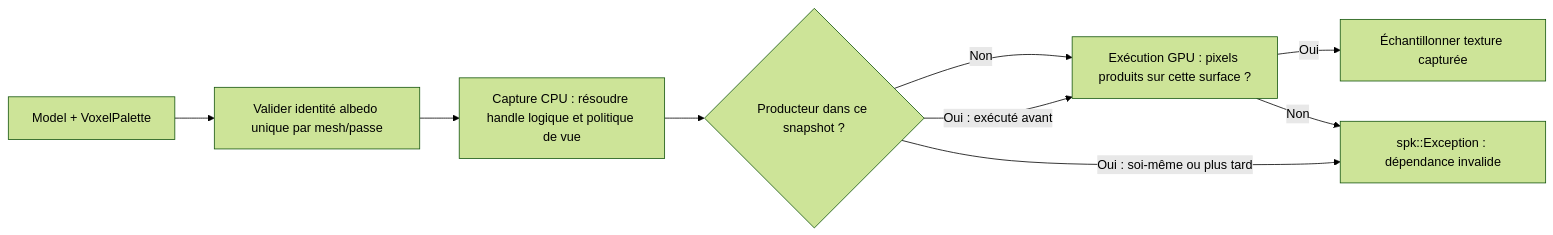
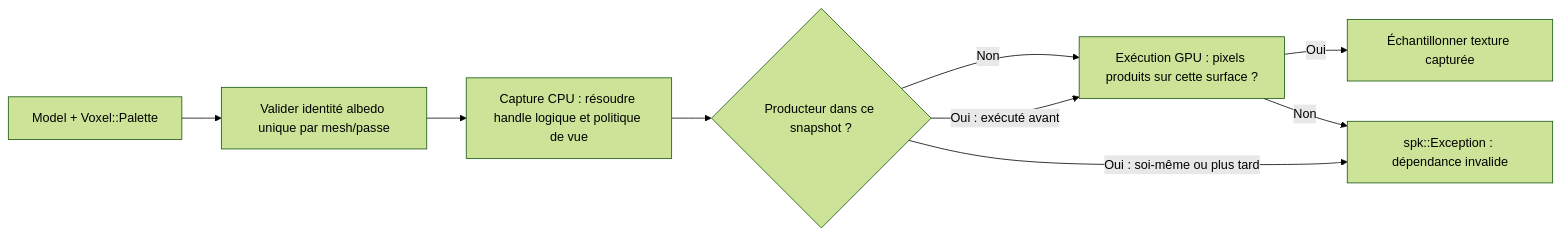
Before and after one commit to EreliaStudio/Sparkle: the fifth of 10 diagrams in docs/voxel-engine-v0.1.4/07-vues-et-passes.md, drawn with Mermaid (forest theme). The commit also changed other lines of this file, not shown here.

Commit message:
PR-07: align cross-chapter references to spk::Voxel::Palette

````diff
--- a/docs/voxel-engine-v0.1.4/07-vues-et-passes.md
+++ b/docs/voxel-engine-v0.1.4/07-vues-et-passes.md
@@ -396,11 +396,11 @@
 ```mermaid
 flowchart LR
-  Model["Model + VoxelPalette"] --> Atlas["Valider identité albedo unique par mesh/passe"]
+  Model["Model + Voxel::Palette"] --> Atlas["Valider identité albedo unique par mesh/passe"]
   Atlas --> Capture["Capture CPU : résoudre handle logique et politique de vue"]
   Capture --> Earlier{"Producteur dans ce snapshot ?"}
   Earlier -->|"Oui : exécuté avant"| GPU["Exécution GPU : pixels produits sur cette surface ?"]
   Earlier -->|"Oui : soi-même ou plus tard"| Reject["spk::Exception : dépendance invalide"]
   Earlier -->|"Non"| GPU
   GPU -->|"Oui"| Sample["Échantillonner texture capturée"]
   GPU -->|"Non"| Reject
 ```
````
